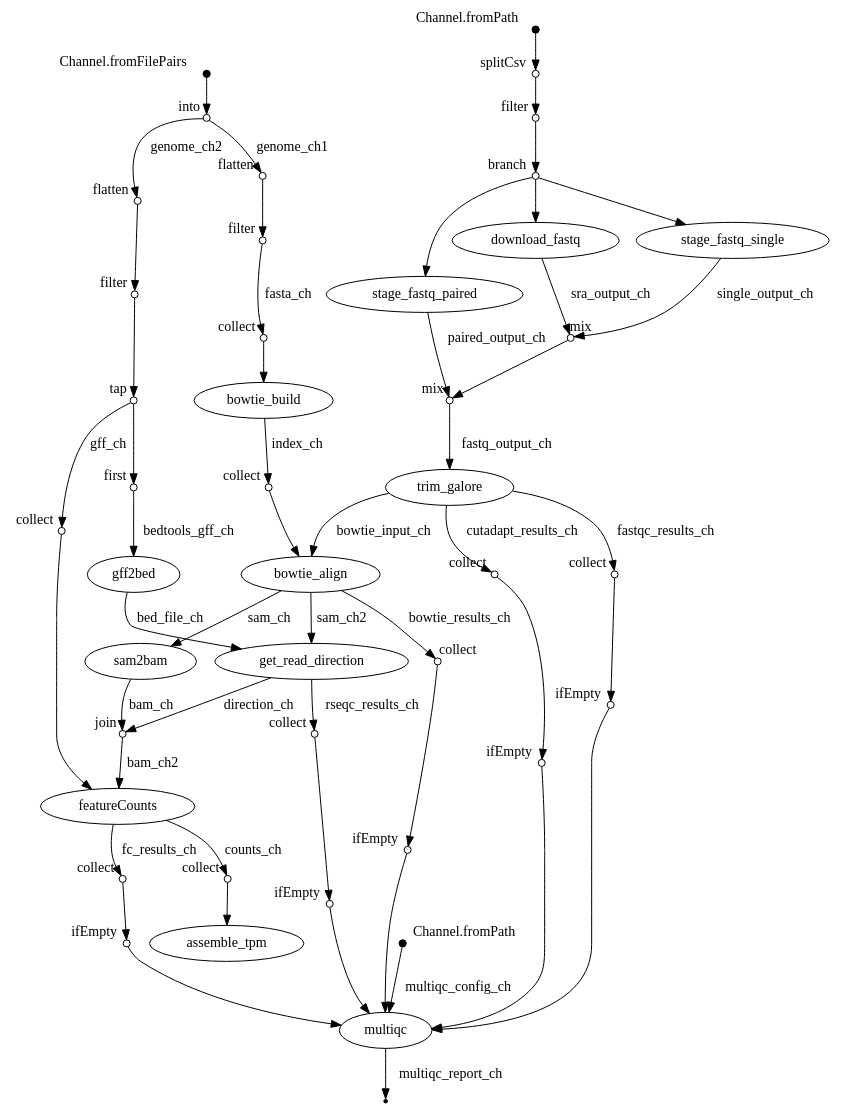
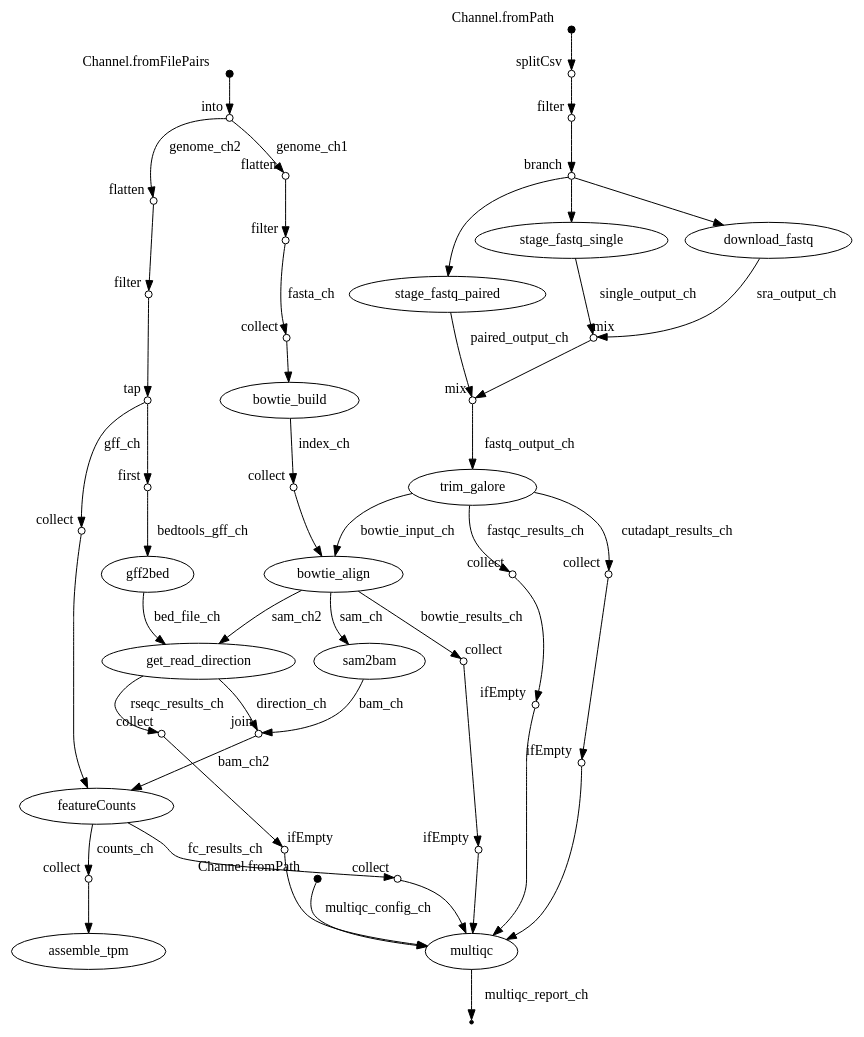
The diagram in 2_process_data/trace/dag.dot (cristalzucsd/iModulonMiner), drawn with Graphviz before and after one commit. The commit also changed 117 other files, not shown here.

```diff
--- a/2_process_data/trace/dag.dot
+++ b/2_process_data/trace/dag.dot
@@ -64,12 +64,12 @@
 p13 -> p14;
 
 p14 [shape=circle,label="",fixedsize=true,width=0.1,xlabel="branch"];
+p16 [label="stage_fastq_single"];
+p14 -> p16;
+
+p14 [shape=circle,label="",fixedsize=true,width=0.1,xlabel="branch"];
 p15 [label="download_fastq"];
 p14 -> p15;
-
-p14 [shape=circle,label="",fixedsize=true,width=0.1,xlabel="branch"];
-p16 [label="stage_fastq_single"];
-p14 -> p16;
 
 p14 [shape=circle,label="",fixedsize=true,width=0.1,xlabel="branch"];
 p17 [label="stage_fastq_paired"];
@@ -148,59 +148,55 @@
 p27 -> p37 [label="fc_results_ch"];
 
 p27 [label="featureCounts"];
-p41 [shape=circle,label="",fixedsize=true,width=0.1,xlabel="collect"];
-p27 -> p41 [label="counts_ch"];
+p40 [shape=circle,label="",fixedsize=true,width=0.1,xlabel="collect"];
+p27 -> p40 [label="counts_ch"];
 
 p28 [shape=point,label="",fixedsize=true,width=0.1,xlabel="Channel.fromPath"];
-p39 [label="multiqc"];
-p28 -> p39 [label="multiqc_config_ch"];
+p38 [label="multiqc"];
+p28 -> p38 [label="multiqc_config_ch"];
 
 p29 [shape=circle,label="",fixedsize=true,width=0.1,xlabel="collect"];
 p30 [shape=circle,label="",fixedsize=true,width=0.1,xlabel="ifEmpty"];
 p29 -> p30;
 
 p30 [shape=circle,label="",fixedsize=true,width=0.1,xlabel="ifEmpty"];
-p39 [label="multiqc"];
-p30 -> p39;
+p38 [label="multiqc"];
+p30 -> p38;
 
 p31 [shape=circle,label="",fixedsize=true,width=0.1,xlabel="collect"];
 p32 [shape=circle,label="",fixedsize=true,width=0.1,xlabel="ifEmpty"];
 p31 -> p32;
 
 p32 [shape=circle,label="",fixedsize=true,width=0.1,xlabel="ifEmpty"];
-p39 [label="multiqc"];
-p32 -> p39;
+p38 [label="multiqc"];
+p32 -> p38;
 
 p33 [shape=circle,label="",fixedsize=true,width=0.1,xlabel="collect"];
 p34 [shape=circle,label="",fixedsize=true,width=0.1,xlabel="ifEmpty"];
 p33 -> p34;
 
 p34 [shape=circle,label="",fixedsize=true,width=0.1,xlabel="ifEmpty"];
-p39 [label="multiqc"];
-p34 -> p39;
+p38 [label="multiqc"];
+p34 -> p38;
 
 p35 [shape=circle,label="",fixedsize=true,width=0.1,xlabel="collect"];
 p36 [shape=circle,label="",fixedsize=true,width=0.1,xlabel="ifEmpty"];
 p35 -> p36;
 
 p36 [shape=circle,label="",fixedsize=true,width=0.1,xlabel="ifEmpty"];
-p39 [label="multiqc"];
-p36 -> p39;
+p38 [label="multiqc"];
+p36 -> p38;
 
 p37 [shape=circle,label="",fixedsize=true,width=0.1,xlabel="collect"];
-p38 [shape=circle,label="",fixedsize=true,width=0.1,xlabel="ifEmpty"];
+p38 [label="multiqc"];
 p37 -> p38;
 
-p38 [shape=circle,label="",fixedsize=true,width=0.1,xlabel="ifEmpty"];
-p39 [label="multiqc"];
-p38 -> p39;
+p38 [label="multiqc"];
+p39 [shape=point];
+p38 -> p39 [label="multiqc_report_ch"];
 
-p39 [label="multiqc"];
-p40 [shape=point];
-p39 -> p40 [label="multiqc_report_ch"];
-
-p41 [shape=circle,label="",fixedsize=true,width=0.1,xlabel="collect"];
-p42 [label="assemble_tpm"];
-p41 -> p42;
+p40 [shape=circle,label="",fixedsize=true,width=0.1,xlabel="collect"];
+p41 [label="assemble_tpm"];
+p40 -> p41;
 
 }
```
